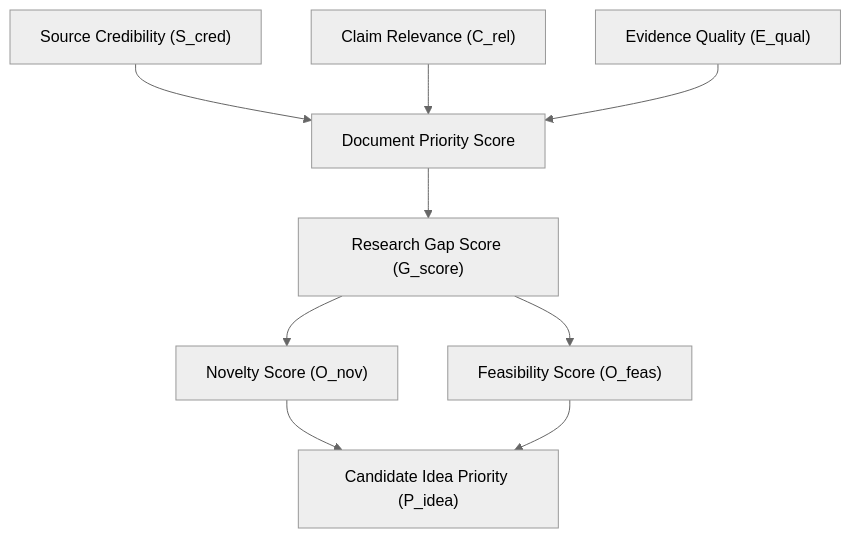
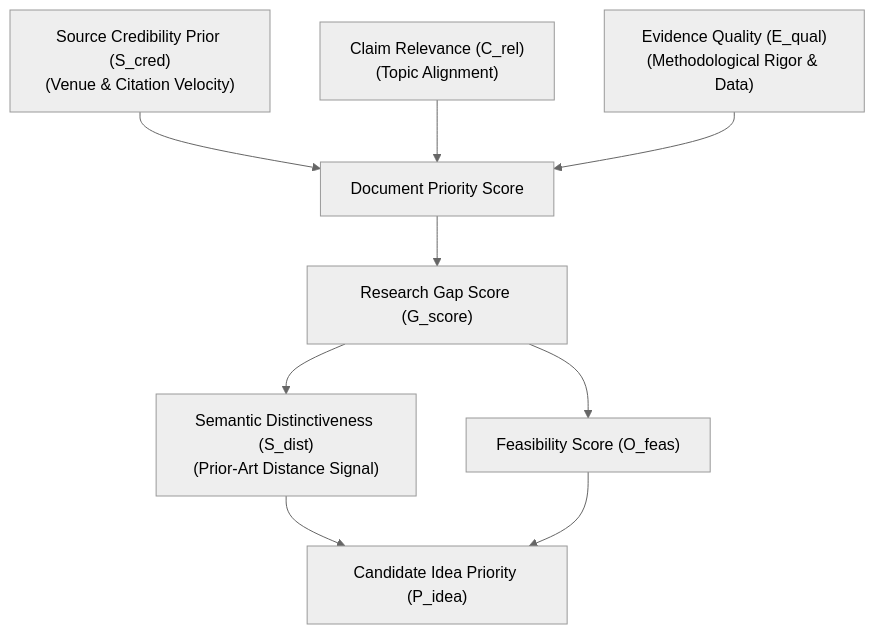
Before and after one commit to Phuchello/NCKH: the diagram in docs/SCORING_MODEL.md, drawn with Mermaid (neutral theme). The commit also changed other lines of this file and 14 other files, not shown here.

Commit message:
fix(arch): G0.1 architecture corrections across topic cardinality, snapshot model, and epistemology

````diff
--- a/docs/SCORING_MODEL.md
+++ b/docs/SCORING_MODEL.md
@@ -7,13 +12,13 @@
 ```mermaid
 graph TD
-    S_cred["Source Credibility (S_cred)"] --> P_doc["Document Priority Score"]
-    C_rel["Claim Relevance (C_rel)"] --> P_doc
-    E_qual["Evidence Quality (E_qual)"] --> P_doc
+    S_cred["Source Credibility Prior (S_cred)\n(Venue & Citation Velocity)"] --> P_doc["Document Priority Score"]
+    C_rel["Claim Relevance (C_rel)\n(Topic Alignment)"] --> P_doc
+    E_qual["Evidence Quality (E_qual)\n(Methodological Rigor & Data)"] --> P_doc
     
     P_doc --> G_score["Research Gap Score (G_score)"]
-    G_score --> O_nov["Novelty Score (O_nov)"]
+    G_score --> S_dist["Semantic Distinctiveness (S_dist)\n(Prior-Art Distance Signal)"]
     G_score --> O_feas["Feasibility Score (O_feas)"]
     
-    O_nov --> Priority_Idea["Candidate Idea Priority (P_idea)"]
+    S_dist --> Priority_Idea["Candidate Idea Priority (P_idea)"]
     O_feas --> Priority_Idea
 ```
````
